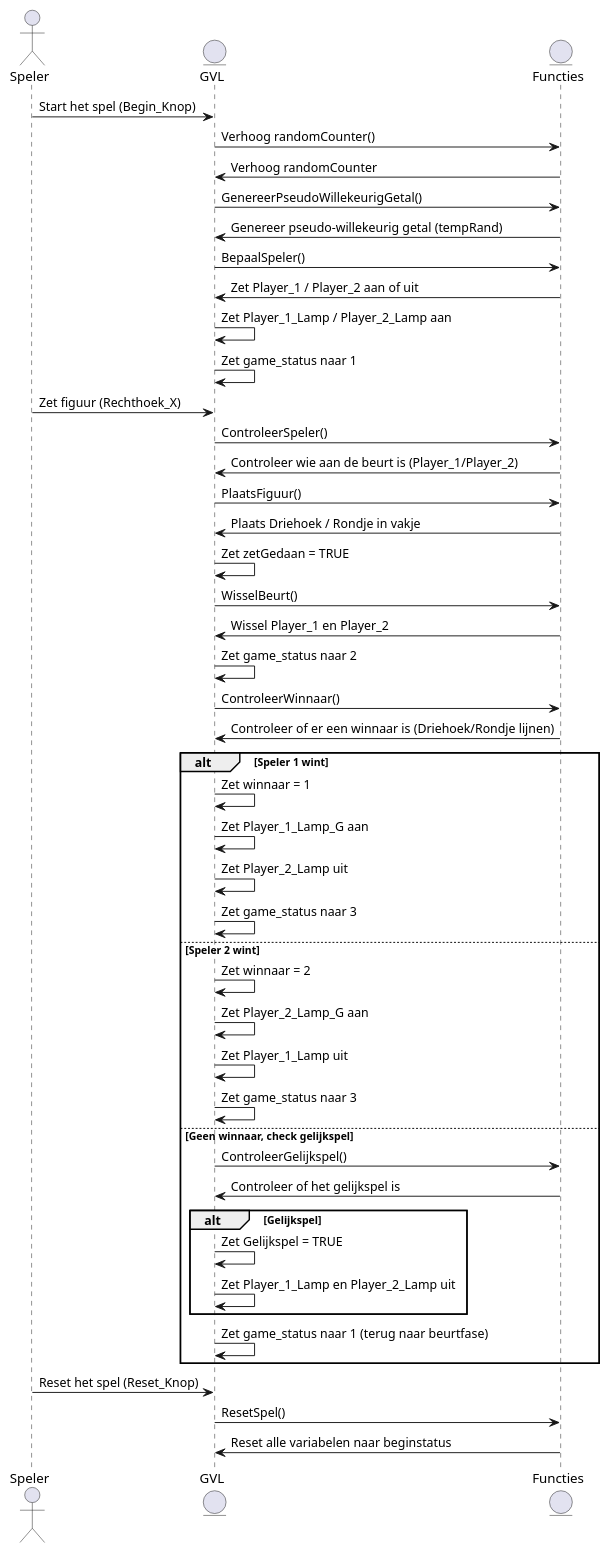
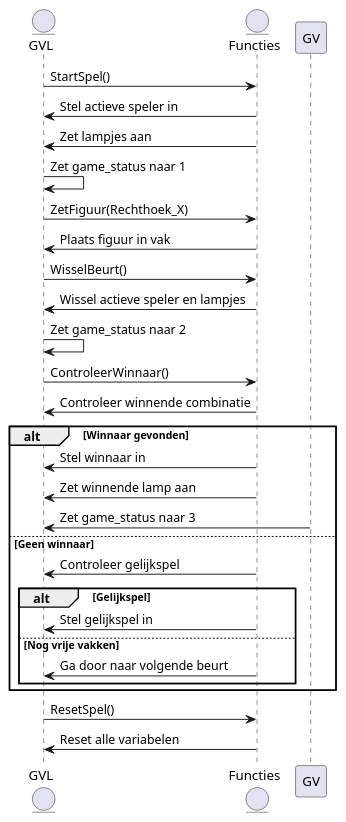
Before and after one commit to JurOtten/Proces-Safety: the diagram in src/Sequence_Diagram_for_Function_Calling.md, drawn with PlantUML. The commit also changed other lines of this file and 1 other file, not shown here.

Commit message:
- Flowchart-logica verwijderd. - Focus op interacties tussen GVL en Functies. - Interne stappen geabstraheerd. - Feedback verwerkt: alleen hoofdcomponenten zichtbaar.

````diff
--- a/src/Sequence_Diagram_for_Function_Calling.md
+++ b/src/Sequence_Diagram_for_Function_Calling.md
@@ -3,56 +3,39 @@
 ```plantuml
-
 @startuml
-actor Speler
 entity GVL
 entity Functies
 
-Speler -> GVL : Start het spel (Begin_Knop)
-GVL -> Functies : Verhoog randomCounter()
-Functies -> GVL : Verhoog randomCounter
-GVL -> Functies : GenereerPseudoWillekeurigGetal()
-Functies -> GVL : Genereer pseudo-willekeurig getal (tempRand)
-GVL -> Functies : BepaalSpeler()
-Functies -> GVL : Zet Player_1 / Player_2 aan of uit
-GVL -> GVL : Zet Player_1_Lamp / Player_2_Lamp aan
+GVL -> Functies : StartSpel()
+Functies -> GVL : Stel actieve speler in
+Functies -> GVL : Zet lampjes aan
 GVL -> GVL : Zet game_status naar 1
 
-Speler -> GVL : Zet figuur (Rechthoek_X)
-GVL -> Functies : ControleerSpeler()
-Functies -> GVL : Controleer wie aan de beurt is (Player_1/Player_2)
-GVL -> Functies : PlaatsFiguur()
-Functies -> GVL : Plaats Driehoek / Rondje in vakje
-GVL -> GVL : Zet zetGedaan = TRUE
+GVL -> Functies : ZetFiguur(Rechthoek_X)
+Functies -> GVL : Plaats figuur in vak
 GVL -> Functies : WisselBeurt()
-Functies -> GVL : Wissel Player_1 en Player_2
+Functies -> GVL : Wissel actieve speler en lampjes
 GVL -> GVL : Zet game_status naar 2
 
 GVL -> Functies : ControleerWinnaar()
-Functies -> GVL : Controleer of er een winnaar is (Driehoek/Rondje lijnen)
-alt Speler 1 wint
-    GVL -> GVL : Zet winnaar = 1
-    GVL -> GVL : Zet Player_1_Lamp_G aan
-    GVL -> GVL : Zet Player_2_Lamp uit
-    GVL -> GVL : Zet game_status naar 3
-else Speler 2 wint
-    GVL -> GVL : Zet winnaar = 2
-    GVL -> GVL : Zet Player_2_Lamp_G aan
-    GVL -> GVL : Zet Player_1_Lamp uit
-    GVL -> GVL : Zet game_status naar 3
-else Geen winnaar, check gelijkspel
-    GVL -> Functies : ControleerGelijkspel()
-    Functies -> GVL : Controleer of het gelijkspel is
+Functies -> GVL : Controleer winnende combinatie
+alt Winnaar gevonden
+    Functies -> GVL : Stel winnaar in
+    Functies -> GVL : Zet winnende lamp aan
+    GV -> GVL : Zet game_status naar 3
+else Geen winnaar
+    Functies -> GVL : Controleer gelijkspel
     alt Gelijkspel
-        GVL -> GVL : Zet Gelijkspel = TRUE
-        GVL -> GVL : Zet Player_1_Lamp en Player_2_Lamp uit
+        Functies -> GVL : Stel gelijkspel in
+    else Nog vrije vakken
+        Functies -> GVL : Ga door naar volgende beurt
     end
-    GVL -> GVL : Zet game_status naar 1 (terug naar beurtfase)
 end
 
-Speler -> GVL : Reset het spel (Reset_Knop)
 GVL -> Functies : ResetSpel()
-Functies -> GVL : Reset alle variabelen naar beginstatus
+Functies -> GVL : Reset alle variabelen
 
 @enduml
 
+
+
 ```
````
